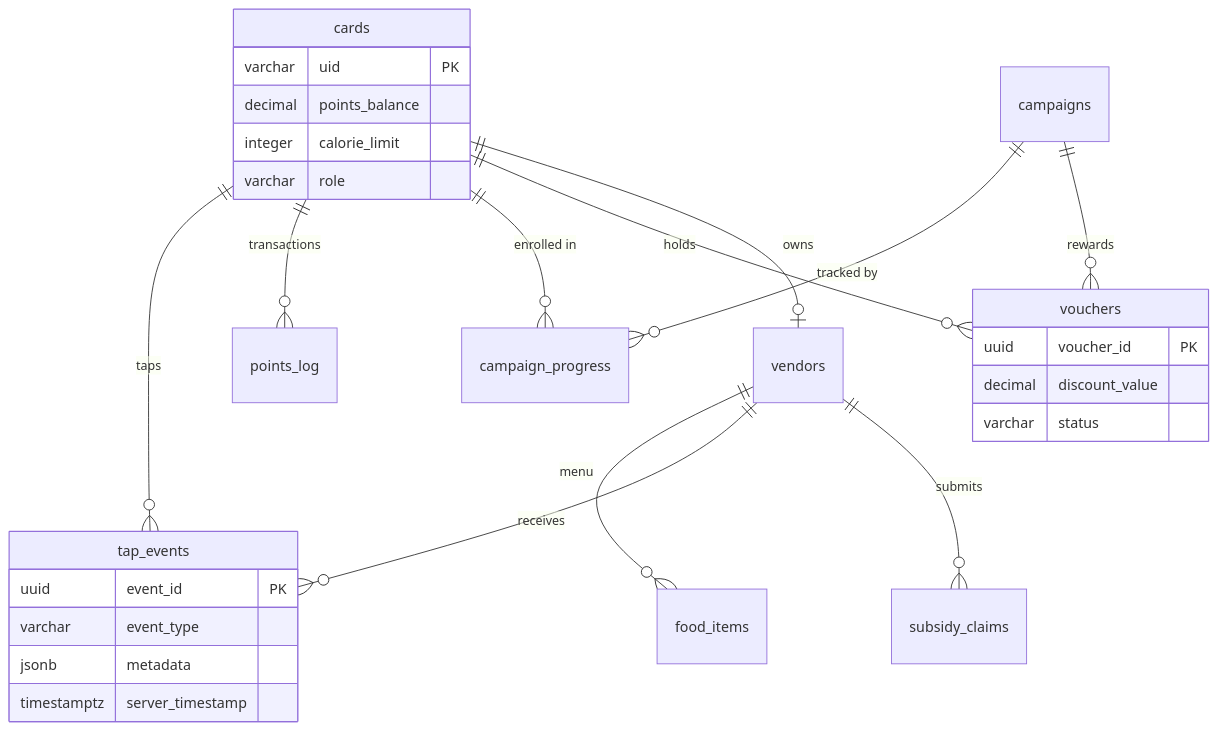
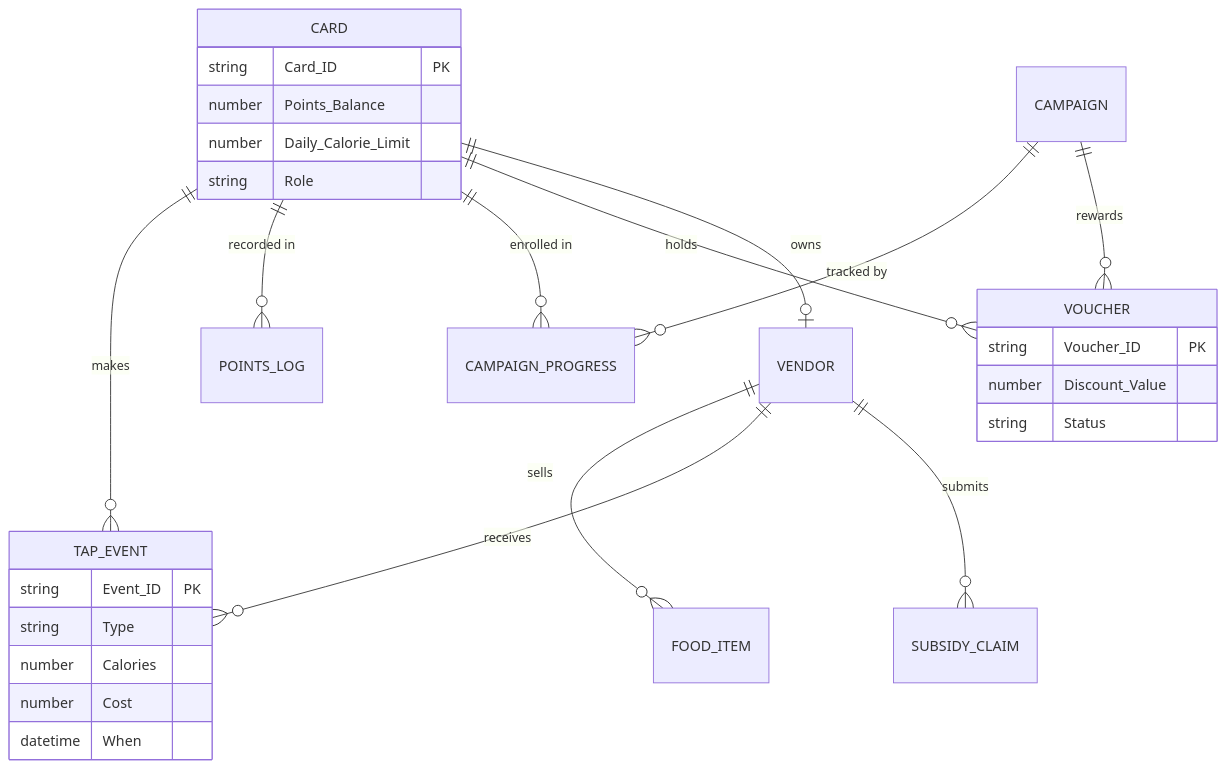
One commit to GILZ3103/claude_project changed diagram 11 of 12 in MASTER_v2_refined.md. Above: the diagram before and after it, drawn with Mermaid. The commit also changed other lines of this file, not shown here.

Commit message:
Refactor card tap sequence diagram for clarity and detail

````diff
--- a/MASTER_v2_refined.md
+++ b/MASTER_v2_refined.md
@@ -425,33 +427,34 @@
 ```mermaid
 erDiagram
-    cards ||--o{ tap_events : "taps"
-    cards ||--o{ points_log : "transactions"
-    cards ||--o{ campaign_progress : "enrolled in"
-    cards ||--o{ vouchers : "holds"
-    cards ||--o| vendors : "owns"
+    CARD ||--o{ TAP_EVENT : "makes"
+    CARD ||--o{ POINTS_LOG : "recorded in"
+    CARD ||--o{ CAMPAIGN_PROGRESS : "enrolled in"
+    CARD ||--o{ VOUCHER : "holds"
+    CARD ||--o| VENDOR : "owns"
 
-    vendors ||--o{ food_items : "menu"
-    vendors ||--o{ tap_events : "receives"
-    vendors ||--o{ subsidy_claims : "submits"
+    VENDOR ||--o{ FOOD_ITEM : "sells"
+    VENDOR ||--o{ TAP_EVENT : "receives"
+    VENDOR ||--o{ SUBSIDY_CLAIM : "submits"
 
-    campaigns ||--o{ campaign_progress : "tracked by"
-    campaigns ||--o{ vouchers : "rewards"
+    CAMPAIGN ||--o{ CAMPAIGN_PROGRESS : "tracked by"
+    CAMPAIGN ||--o{ VOUCHER : "rewards"
 
-    cards {
-        varchar uid PK
-        decimal points_balance
-        integer calorie_limit
-        varchar role
+    CARD {
+        string Card_ID PK
+        number Points_Balance
+        number Daily_Calorie_Limit
+        string Role
     }
-    tap_events {
-        uuid event_id PK
-        varchar event_type
-        jsonb metadata
-        timestamptz server_timestamp
+    TAP_EVENT {
+        string Event_ID PK
+        string Type
+        number Calories
+        number Cost
+        datetime When
     }
-    vouchers {
-        uuid voucher_id PK
-        decimal discount_value
-        varchar status
+    VOUCHER {
+        string Voucher_ID PK
+        number Discount_Value
+        string Status
     }
 ```
````
